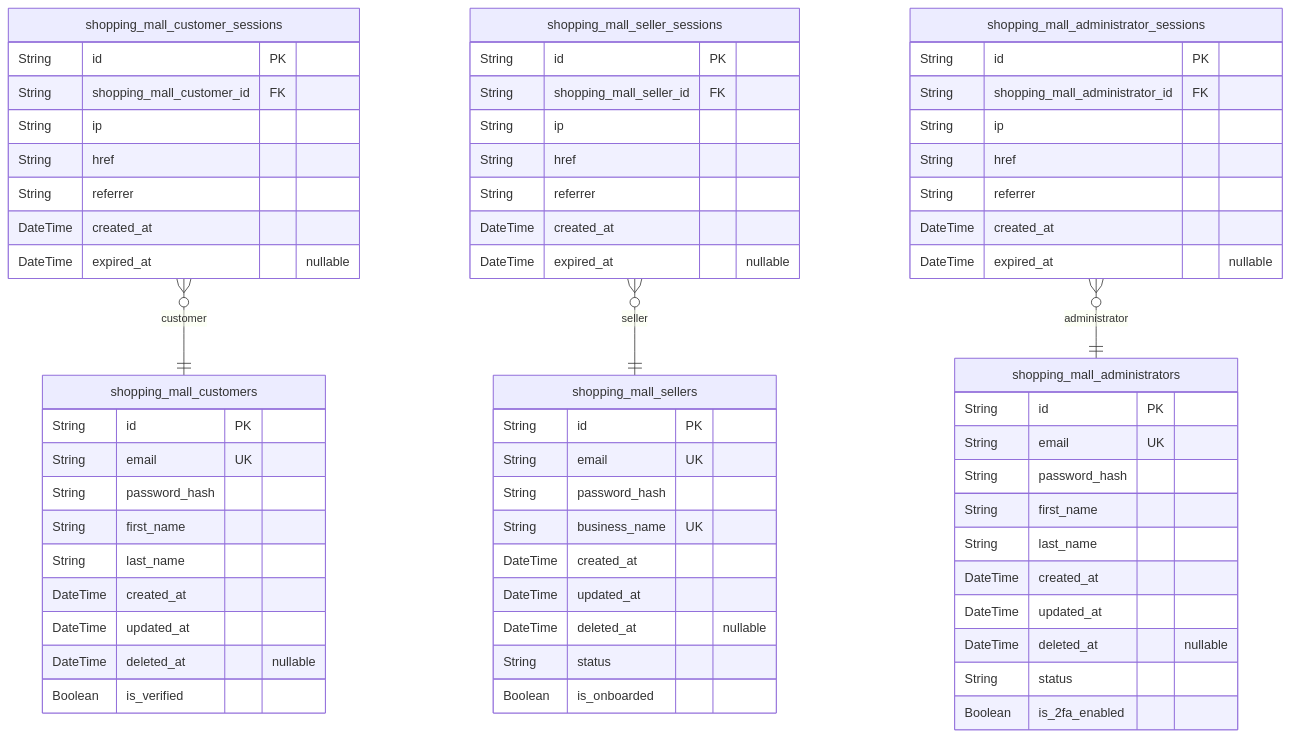
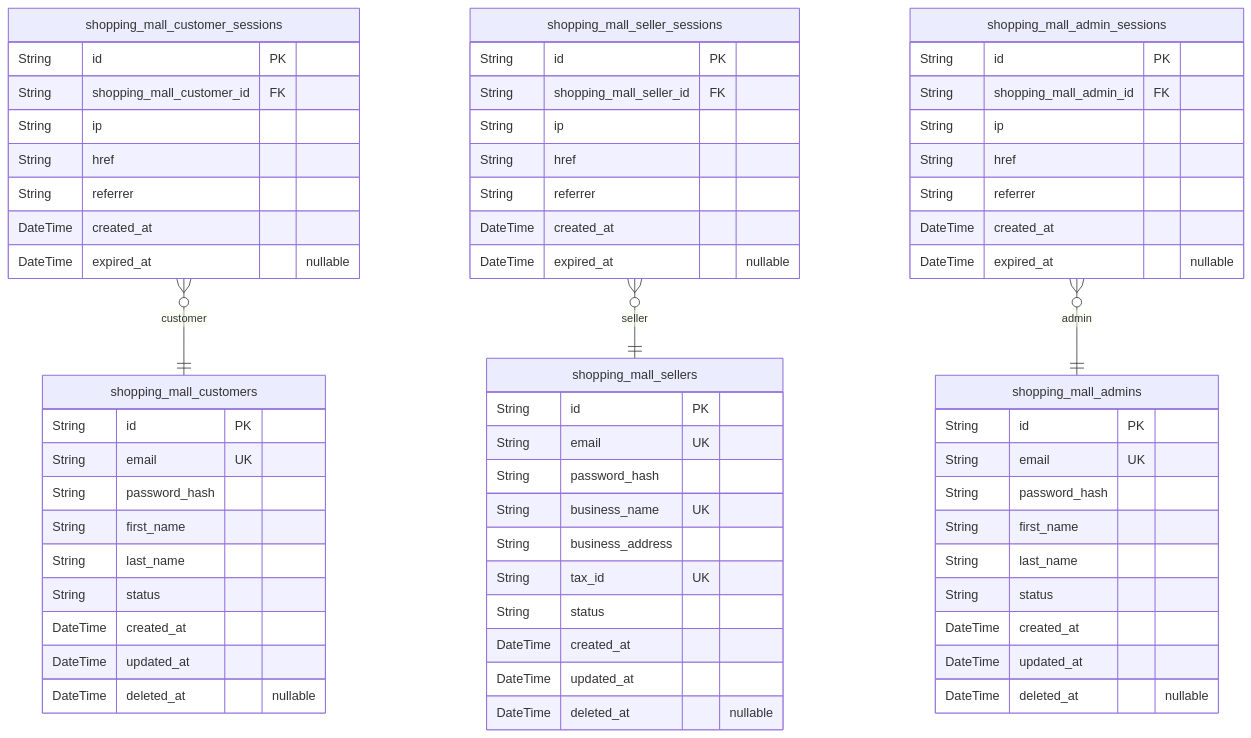
One commit to wrtnlabs/autobe-examples changed the second of 10 diagrams in qwen/qwen3-next-80b-a3b-instruct/shopping/docs/ERD.md. Above: the diagram before and after it, drawn with Mermaid. The commit also changed other lines of this file and 7173 other files, not shown here.

````diff
--- a/qwen/qwen3-next-80b-a3b-instruct/shopping/docs/ERD.md
+++ b/qwen/qwen3-next-80b-a3b-instruct/shopping/docs/ERD.md
@@ -342,67 +296,67 @@
 ```mermaid
 erDiagram
 "shopping_mall_customers" {
   String id PK
   String email UK
   String password_hash
   String first_name
   String last_name
+  String status
   DateTime created_at
   DateTime updated_at
   DateTime deleted_at "nullable"
-  Boolean is_verified
 }
 "shopping_mall_customer_sessions" {
   String id PK
   String shopping_mall_customer_id FK
   String ip
   String href
   String referrer
   DateTime created_at
   DateTime expired_at "nullable"
 }
 "shopping_mall_sellers" {
   String id PK
   String email UK
   String password_hash
   String business_name UK
+  String business_address
+  String tax_id UK
+  String status
   DateTime created_at
   DateTime updated_at
   DateTime deleted_at "nullable"
-  String status
-  Boolean is_onboarded
 }
 "shopping_mall_seller_sessions" {
   String id PK
   String shopping_mall_seller_id FK
   String ip
   String href
   String referrer
   DateTime created_at
   DateTime expired_at "nullable"
 }
-"shopping_mall_administrators" {
+"shopping_mall_admins" {
   String id PK
   String email UK
   String password_hash
   String first_name
   String last_name
+  String status
   DateTime created_at
   DateTime updated_at
   DateTime deleted_at "nullable"
-  String status
-  Boolean is_2fa_enabled
 }
-"shopping_mall_administrator_sessions" {
+"shopping_mall_admin_sessions" {
   String id PK
-  String shopping_mall_administrator_id FK
+  String shopping_mall_admin_id FK
   String ip
   String href
   String referrer
   DateTime created_at
   DateTime expired_at "nullable"
 }
 "shopping_mall_customer_sessions" }o--|| "shopping_mall_customers" : customer
 "shopping_mall_seller_sessions" }o--|| "shopping_mall_sellers" : seller
-"shopping_mall_administrator_sessions" }o--|| "shopping_mall_administrators" : administrator
+"shopping_mall_admin_sessions" }o--|| "shopping_mall_admins" : admin
 ```
````
